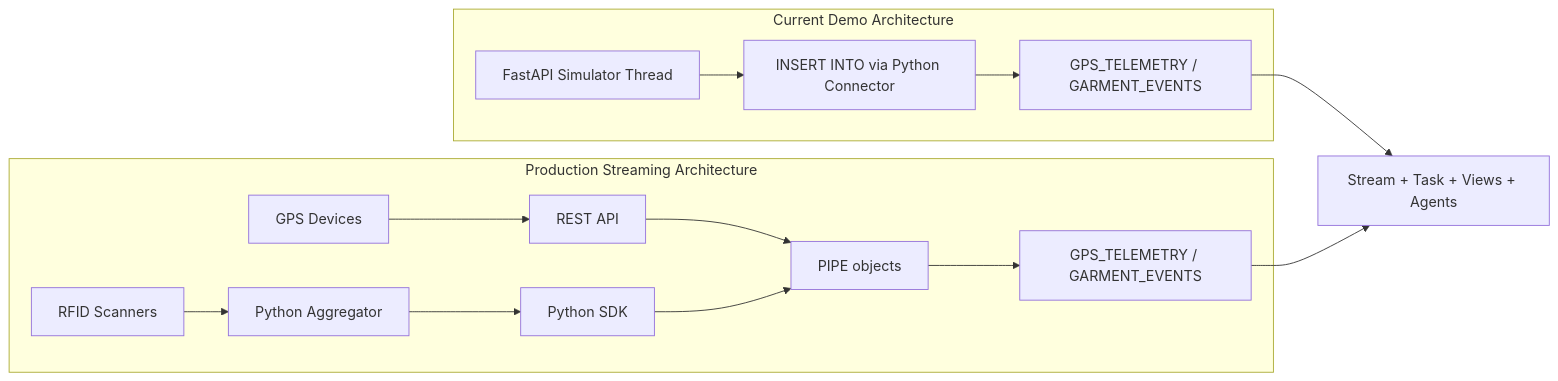
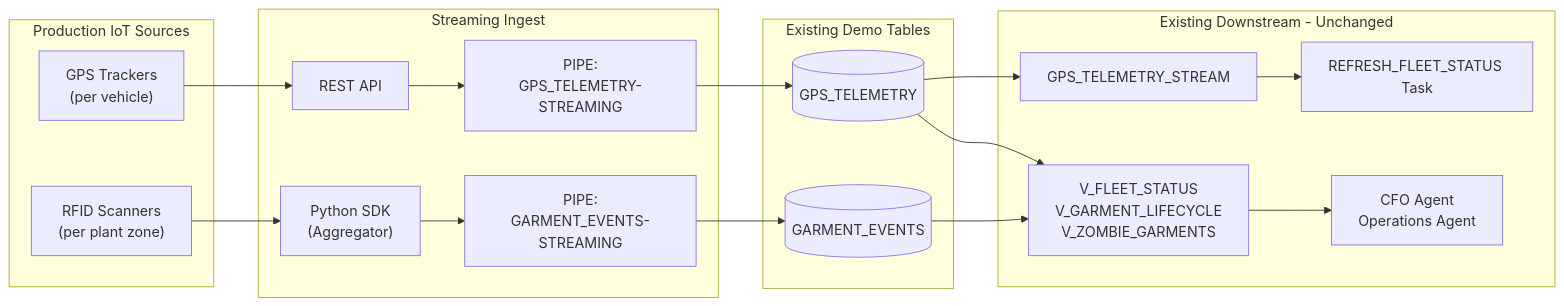
The diagram in demo-iot-lifecycle/docs/04-STREAMING-INGEST.md (sfc-gh-miwhitaker/sfe-public), drawn with Mermaid before and after one commit. The commit also changed other lines of this file and 8 other files, not shown here.

````diff
--- a/demo-iot-lifecycle/docs/04-STREAMING-INGEST.md
+++ b/demo-iot-lifecycle/docs/04-STREAMING-INGEST.md
@@ -391,27 +11,34 @@
 ```mermaid
 flowchart LR
-    subgraph current [Current Demo Architecture]
-        Simulator["FastAPI Simulator Thread"]
-        Insert["INSERT INTO via Python Connector"]
-        Simulator --> Insert
-        Insert --> Tables["GPS_TELEMETRY / GARMENT_EVENTS"]
+    subgraph devices [Production IoT Sources]
+        GPS["GPS Trackers\n(per vehicle)"]
+        RFID["RFID Scanners\n(per plant zone)"]
     end
 
-    subgraph production [Production Streaming Architecture]
-        GPS["GPS Devices"]
-        RFID["RFID Scanners"]
-        Gateway["Python Aggregator"]
-        RESTAPI["REST API"]
-        SDK["Python SDK"]
-        Pipe["PIPE objects"]
-        GPS --> RESTAPI
-        RFID --> Gateway
-        Gateway --> SDK
-        RESTAPI --> Pipe
-        SDK --> Pipe
-        Pipe --> Tables2["GPS_TELEMETRY / GARMENT_EVENTS"]
+    subgraph ingest [Streaming Ingest]
+        REST["REST API"]
+        SDK["Python SDK\n(Aggregator)"]
+        PipeGPS["PIPE:\nGPS_TELEMETRY-STREAMING"]
+        PipeEvents["PIPE:\nGARMENT_EVENTS-STREAMING"]
     end
 
-    Tables --> Downstream["Stream + Task + Views + Agents"]
-    Tables2 --> Downstream
+    subgraph base [Existing Demo Tables]
+        GPSTable[(GPS_TELEMETRY)]
+        EventsTable[(GARMENT_EVENTS)]
+    end
+
+    subgraph downstream [Existing Downstream - Unchanged]
+        Stream["GPS_TELEMETRY_STREAM"]
+        Task["REFRESH_FLEET_STATUS Task"]
+        Views["V_FLEET_STATUS\nV_GARMENT_LIFECYCLE\nV_ZOMBIE_GARMENTS"]
+        Agents["CFO Agent\nOperations Agent"]
+    end
+
+    GPS --> REST --> PipeGPS --> GPSTable
+    RFID --> SDK --> PipeEvents --> EventsTable
+
+    GPSTable --> Stream --> Task
+    GPSTable --> Views
+    EventsTable --> Views
+    Views --> Agents
 ```
````
